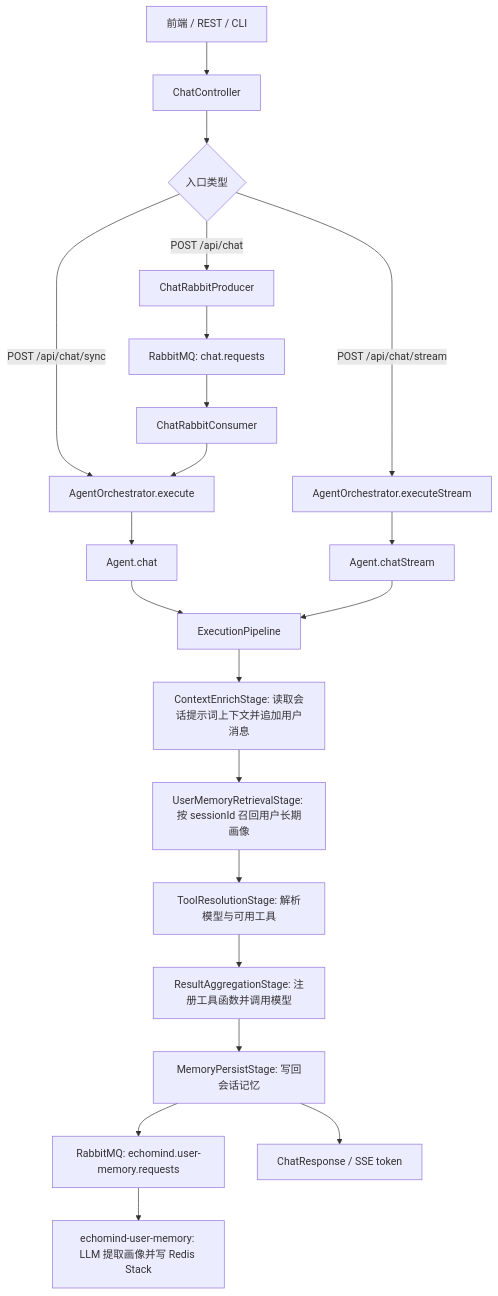
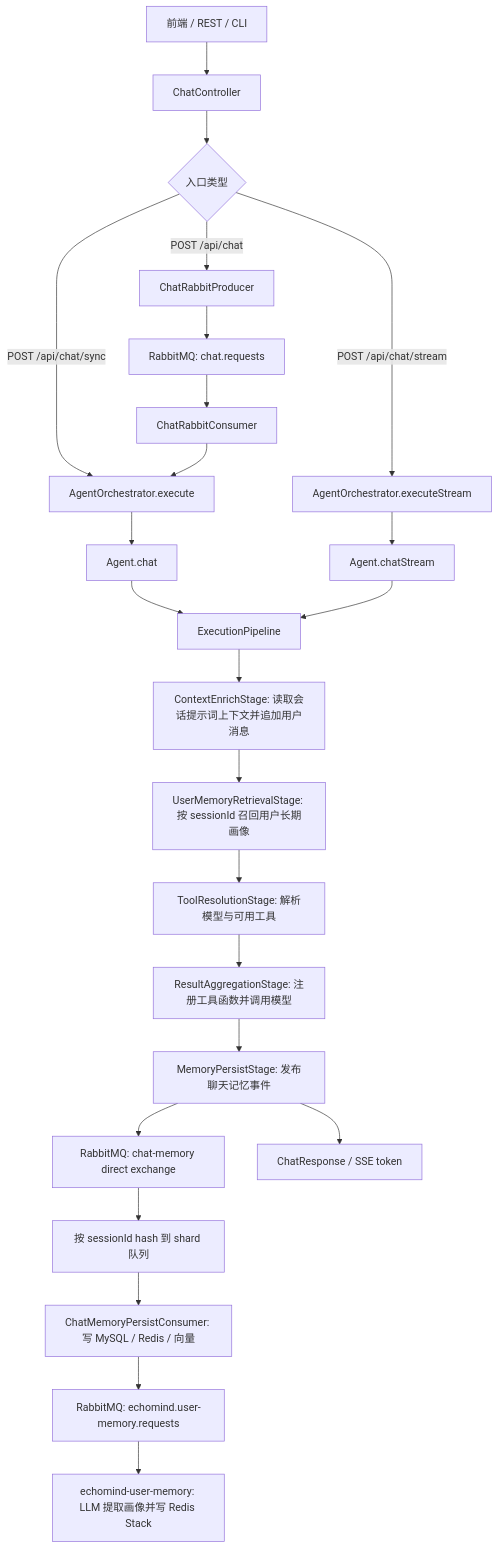
One commit to kaiyue-ai/EchoMind changed the second of 4 diagrams in README.md. Above: the diagram before and after it, drawn with Mermaid. The commit also changed other lines of this file and 70 other files, not shown here.

````diff
--- a/README.md
+++ b/README.md
@@ -74,23 +73,26 @@
 ```mermaid
 flowchart TD
     A["前端 / REST / CLI"] --> B["ChatController"]
     B --> C{"入口类型"}
     C -->|"POST /api/chat/sync"| D["AgentOrchestrator.execute"]
     C -->|"POST /api/chat"| E["ChatRabbitProducer"]
     E --> F["RabbitMQ: chat.requests"]
     F --> G["ChatRabbitConsumer"]
     G --> D
     C -->|"POST /api/chat/stream"| H["AgentOrchestrator.executeStream"]
     D --> I["Agent.chat"]
     H --> J["Agent.chatStream"]
     I --> K["ExecutionPipeline"]
     J --> K
     K --> L["ContextEnrichStage: 读取会话提示词上下文并追加用户消息"]
     L --> U["UserMemoryRetrievalStage: 按 sessionId 召回用户长期画像"]
     U --> M["ToolResolutionStage: 解析模型与可用工具"]
     M --> O["ResultAggregationStage: 注册工具函数并调用模型"]
-    O --> P["MemoryPersistStage: 写回会话记忆"]
-    P --> R["RabbitMQ: echomind.user-memory.requests"]
+    O --> P["MemoryPersistStage: 发布聊天记忆事件"]
+    P --> V["RabbitMQ: chat-memory direct exchange"]
+    V --> W["按 sessionId hash 到 shard 队列"]
+    W --> X["ChatMemoryPersistConsumer: 写 MySQL / Redis / 向量"]
+    X --> R["RabbitMQ: echomind.user-memory.requests"]
     R --> S["echomind-user-memory: LLM 提取画像并写 Redis Stack"]
     P --> Q["ChatResponse / SSE token"]
 ```
````
